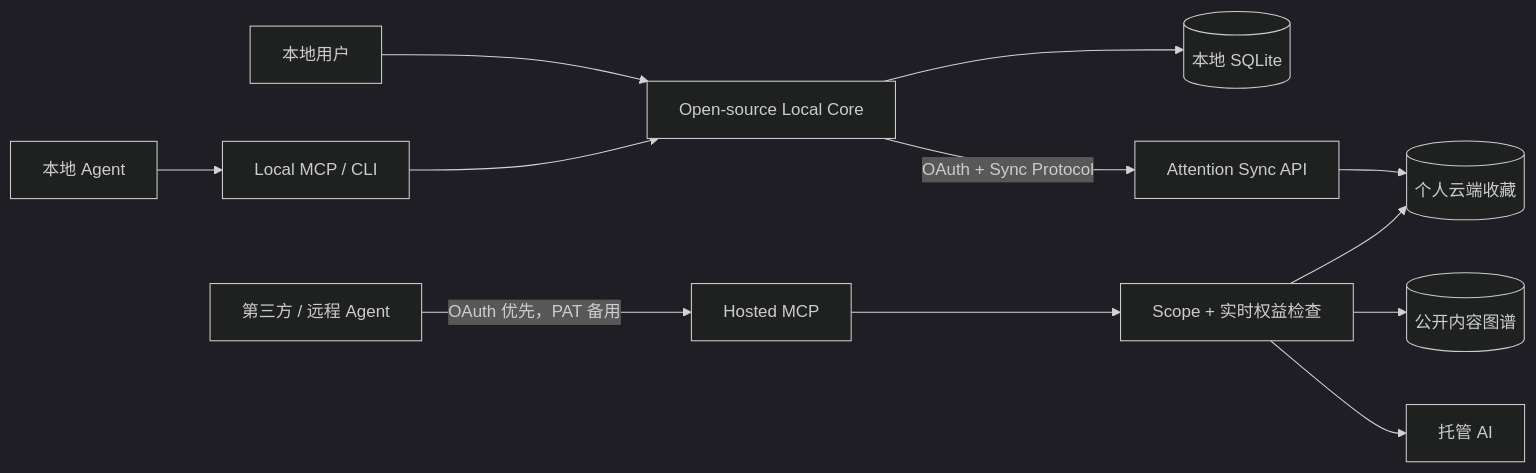
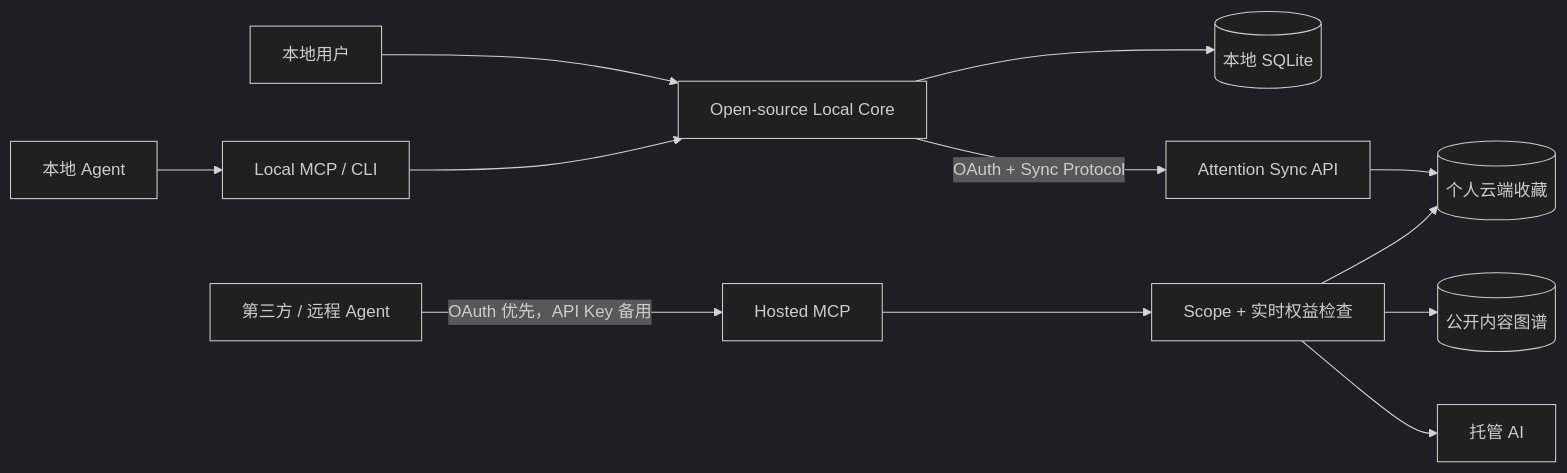
The second of 4 diagrams in docs/architecture.md (EthanSMC/Attention), drawn with Mermaid (dark theme) before and after one commit. The commit also changed other lines of this file and 120 other files, not shown here.

````diff
--- a/docs/architecture.md
+++ b/docs/architecture.md
@@ -185,15 +185,15 @@
 ```mermaid
 flowchart LR
     LocalUser["本地用户"] --> LocalCore["Open-source Local Core"]
     LocalAgent["本地 Agent"] --> LocalMCP["Local MCP / CLI"]
     LocalMCP --> LocalCore
     LocalCore --> LocalDB[("本地 SQLite")]
     LocalCore -->|"OAuth + Sync Protocol"| SyncAPI["Attention Sync API"]
     SyncAPI --> CloudCollection[("个人云端收藏")]
 
-    RemoteAgent["第三方 / 远程 Agent"] -->|"OAuth 优先，PAT 备用"| HostedMCP["Hosted MCP"]
+    RemoteAgent["第三方 / 远程 Agent"] -->|"OAuth 优先，API Key 备用"| HostedMCP["Hosted MCP"]
     HostedMCP --> Entitlement["Scope + 实时权益检查"]
     Entitlement --> CloudCollection
     Entitlement --> PublicGraph[("公开内容图谱")]
     Entitlement --> HostedAI["托管 AI"]
 ```
````
